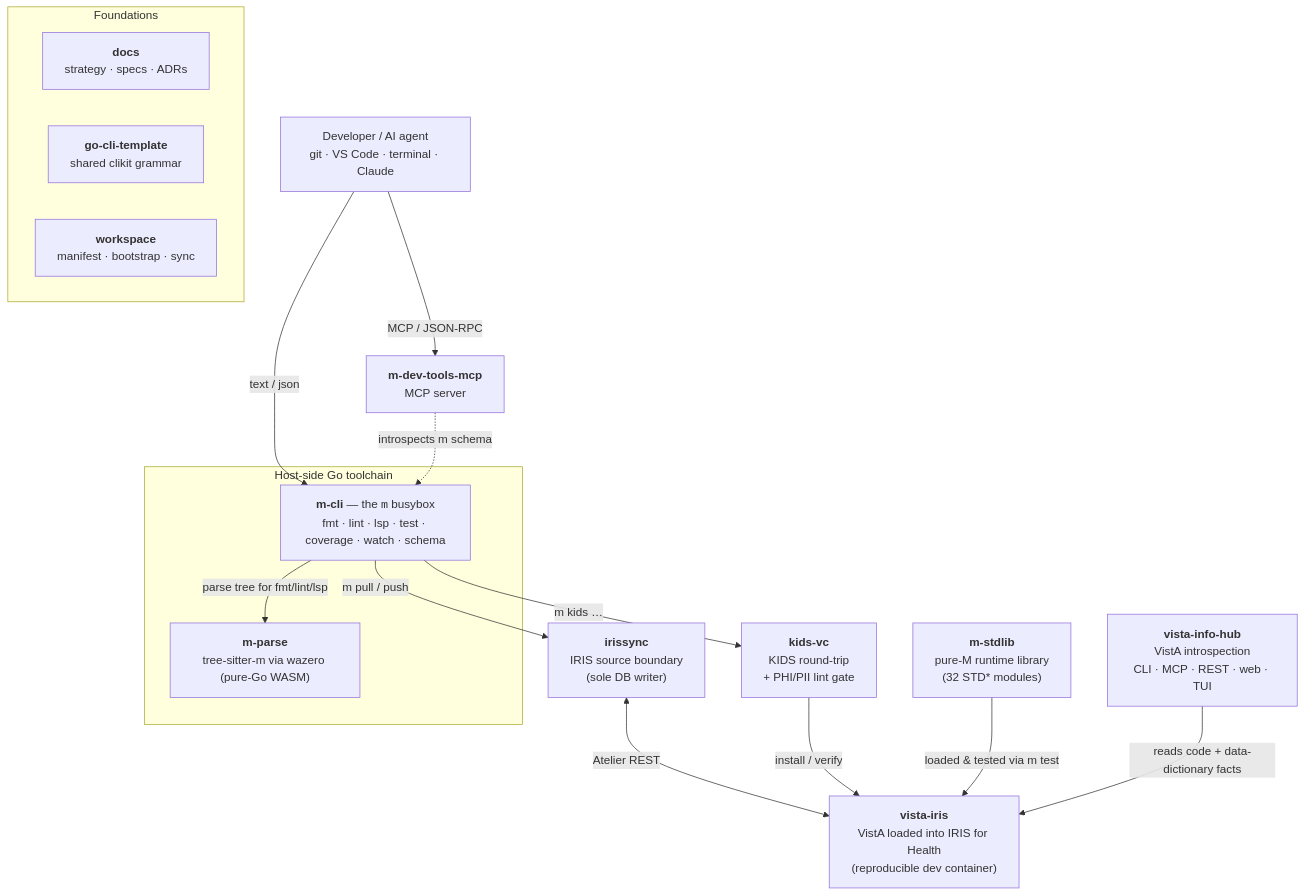
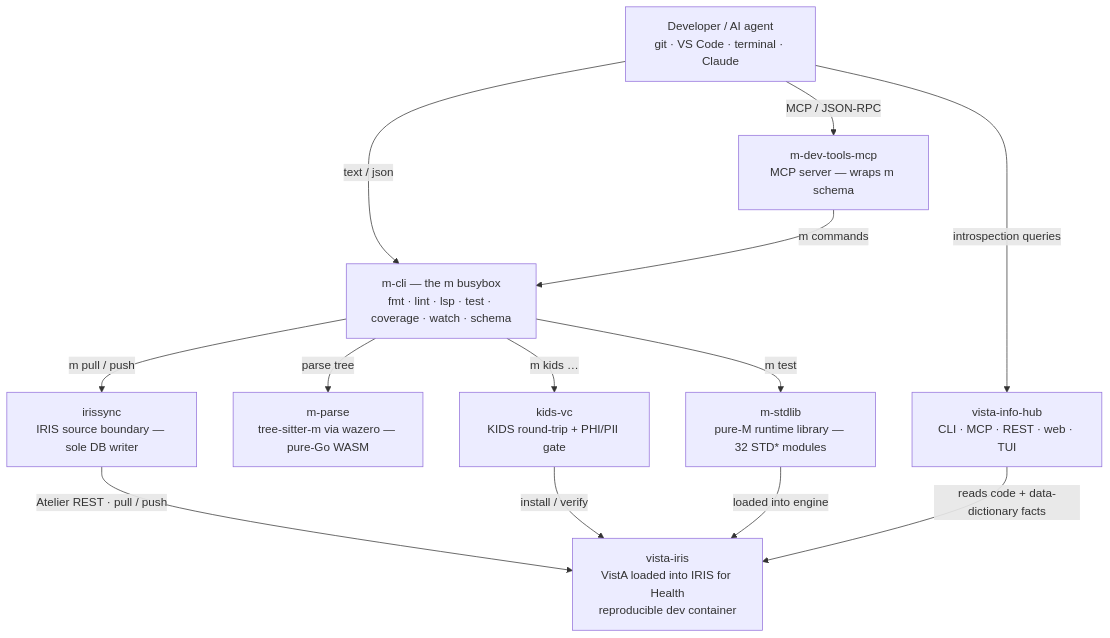
Before and after one commit to vista-cloud-dev/.github: the diagram in profile/README.md, drawn with Mermaid. The commit also changed other lines of this file, not shown here.

Commit message:
docs: make architecture diagram strictly top-to-bottom
Rework the Mermaid flowchart so every edge mirrors data/code flow downward
(developer → tooling → bridge → engine): no bidirectional or same-rank arrows.
Drop the bidirectional irissync↔vista-iris edge and the dotted mcp→m-cli back
edge; move the cross-cutting foundations (docs/go-cli-template/workspace) out
of the runtime flow into a note beneath the diagram.

````diff
--- a/profile/README.md
+++ b/profile/README.md
@@ -89,35 +90,19 @@
 ```mermaid
 flowchart TB
     dev["Developer / AI agent<br/>git · VS Code · terminal · Claude"]
 
-    subgraph toolchain["Host-side Go toolchain"]
-        mcli["<b>m-cli</b> — the <code>m</code> busybox<br/>fmt · lint · lsp · test · coverage · watch · schema"]
-        mparse["<b>m-parse</b><br/>tree-sitter-m via wazero (pure-Go WASM)"]
-        mcli -->|parse tree for fmt/lint/lsp| mparse
-    end
+    dev -->|MCP / JSON-RPC| mcp["m-dev-tools-mcp<br/>MCP server — wraps m schema"]
+    dev -->|text / json| mcli
+    dev -->|introspection queries| hub["vista-info-hub<br/>CLI · MCP · REST · web · TUI"]
+    mcp -->|m commands| mcli["m-cli — the m busybox<br/>fmt · lint · lsp · test · coverage · watch · schema"]
 
-    mcp["<b>m-dev-tools-mcp</b><br/>MCP server"]
-    dev -->|text / json| mcli
-    dev -->|MCP / JSON-RPC| mcp
-    mcp -.->|introspects m schema| mcli
+    mcli -->|parse tree| mparse["m-parse<br/>tree-sitter-m via wazero — pure-Go WASM"]
+    mcli -->|m pull / push| irissync["irissync<br/>IRIS source boundary — sole DB writer"]
+    mcli -->|m kids …| kidsvc["kids-vc<br/>KIDS round-trip + PHI/PII gate"]
+    mcli -->|m test| stdlib["m-stdlib<br/>pure-M runtime library — 32 STD* modules"]
 
-    irissync["<b>irissync</b><br/>IRIS source boundary<br/>(sole DB writer)"]
-    kidsvc["<b>kids-vc</b><br/>KIDS round-trip<br/>+ PHI/PII lint gate"]
-    mcli -->|m pull / push| irissync
-    mcli -->|m kids …| kidsvc
-
-    vistairis["<b>vista-iris</b><br/>VistA loaded into IRIS for Health<br/>(reproducible dev container)"]
-    irissync <-->|Atelier REST| vistairis
+    irissync -->|Atelier REST · pull / push| vistairis["vista-iris<br/>VistA loaded into IRIS for Health<br/>reproducible dev container"]
     kidsvc -->|install / verify| vistairis
-
-    stdlib["<b>m-stdlib</b><br/>pure-M runtime library<br/>(32 STD* modules)"]
-    hub["<b>vista-info-hub</b><br/>VistA introspection<br/>CLI · MCP · REST · web · TUI"]
-    stdlib -->|loaded & tested via m test| vistairis
+    stdlib -->|loaded into engine| vistairis
     hub -->|reads code + data-dictionary facts| vistairis
-
-    subgraph foundations["Foundations"]
-        docs["<b>docs</b><br/>strategy · specs · ADRs"]
-        tmpl["<b>go-cli-template</b><br/>shared clikit grammar"]
-        ws["<b>workspace</b><br/>manifest · bootstrap · sync"]
-    end
 ```
````
